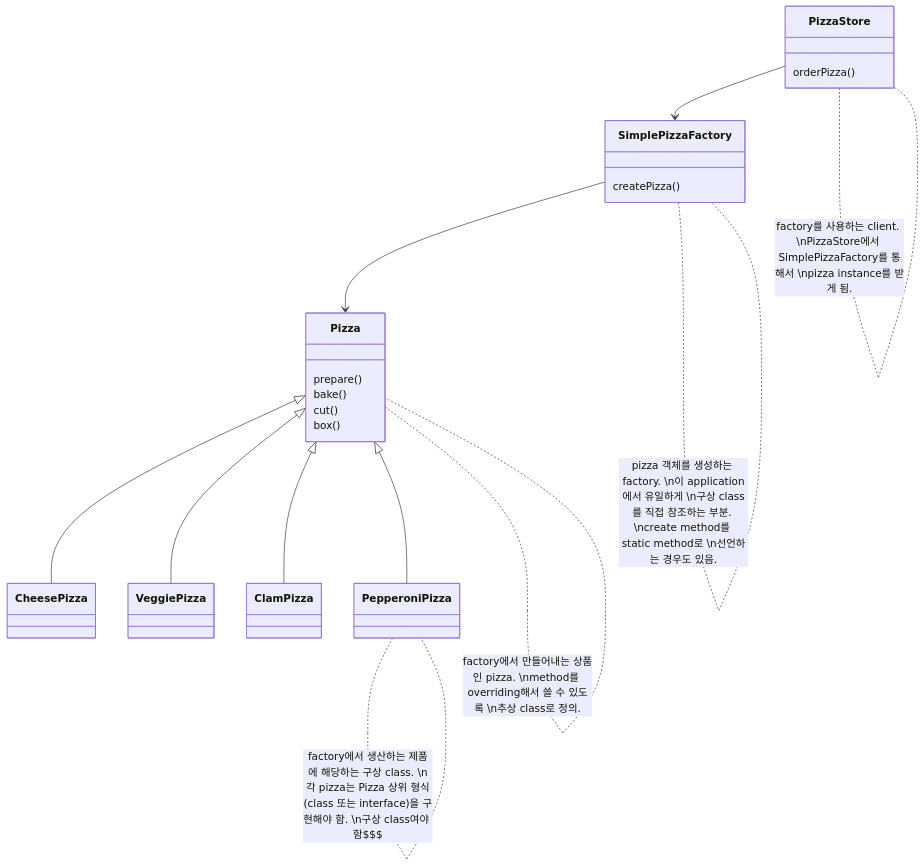
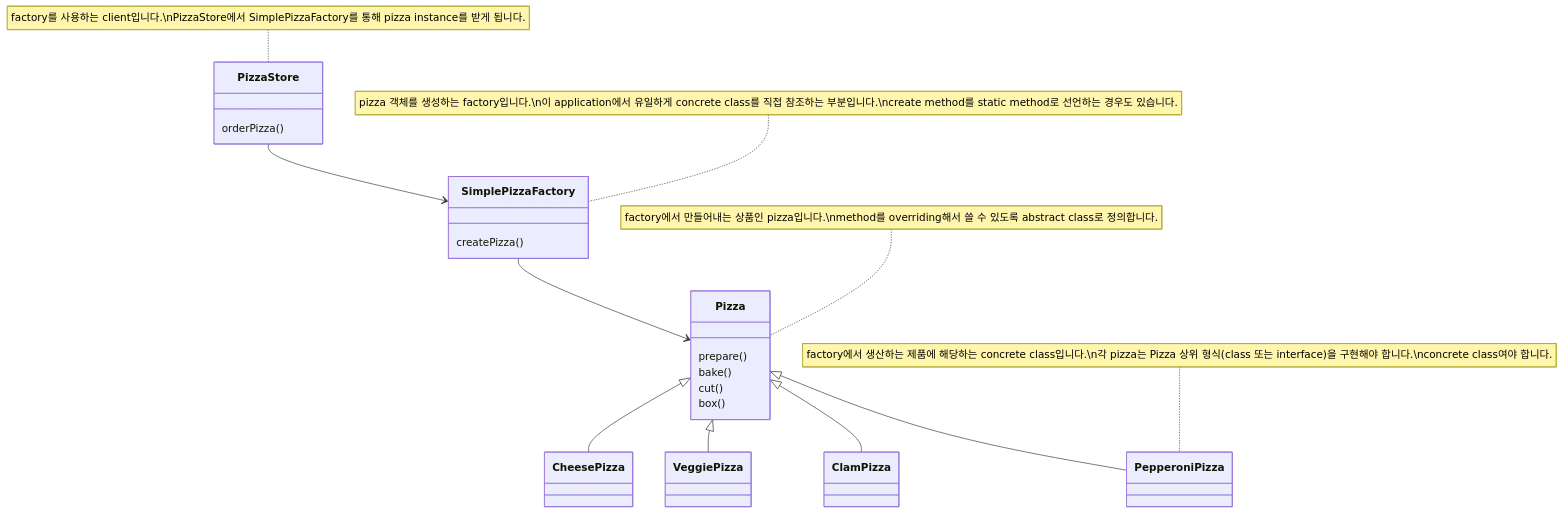
The diagram in _notes/design-pattern/factory-pattern/index.md (choesimin/choesimin.github.io), drawn with Mermaid before and after one commit. The commit also changed other lines of this file and 1 other file, not shown here.

````diff
--- a/_notes/design-pattern/factory-pattern/index.md
+++ b/_notes/design-pattern/factory-pattern/index.md
@@ -34,36 +54,36 @@
 ```mermaid
 classDiagram
 
 class PizzaStore {
     orderPizza()
 }
 
 class SimplePizzaFactory {
     createPizza()
 }
 
 class Pizza {
     prepare()
     bake()
     cut()
     box()
 }
 
 class CheesePizza
 class VeggiePizza
 class ClamPizza
 class PepperoniPizza
 
 PizzaStore --> SimplePizzaFactory
 SimplePizzaFactory --> Pizza
 
 Pizza <|-- CheesePizza
 Pizza <|-- VeggiePizza
 Pizza <|-- ClamPizza
 Pizza <|-- PepperoniPizza
 
-PizzaStore .. PizzaStore : factory를 사용하는 client. \nPizzaStore에서 SimplePizzaFactory를 통해서 \npizza instance를 받게 됨.
-SimplePizzaFactory .. SimplePizzaFactory : pizza 객체를 생성하는 factory. \n이 application에서 유일하게 \n구상 class를 직접 참조하는 부분. \ncreate method를 static method로 \n선언하는 경우도 있음.
-Pizza .. Pizza : factory에서 만들어내는 상품인 pizza. \nmethod를 overriding해서 쓸 수 있도록 \n추상 class로 정의.
-PepperoniPizza .. PepperoniPizza : factory에서 생산하는 제품에 해당하는 구상 class. \n각 pizza는 Pizza 상위 형식(class 또는 interface)을 구현해야 함. \n구상 class여야 함$$$
+note for PizzaStore "factory를 사용하는 client입니다.\nPizzaStore에서 SimplePizzaFactory를 통해 pizza instance를 받게 됩니다."
+note for SimplePizzaFactory "pizza 객체를 생성하는 factory입니다.\n이 application에서 유일하게 concrete class를 직접 참조하는 부분입니다.\ncreate method를 static method로 선언하는 경우도 있습니다."
+note for Pizza "factory에서 만들어내는 상품인 pizza입니다.\nmethod를 overriding해서 쓸 수 있도록 abstract class로 정의합니다."
+note for PepperoniPizza "factory에서 생산하는 제품에 해당하는 concrete class입니다.\n각 pizza는 Pizza 상위 형식(class 또는 interface)을 구현해야 합니다.\nconcrete class여야 합니다."
 ```
````
